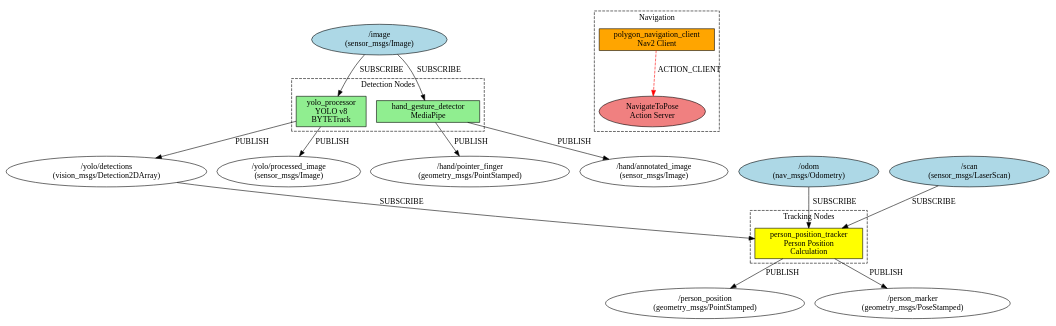
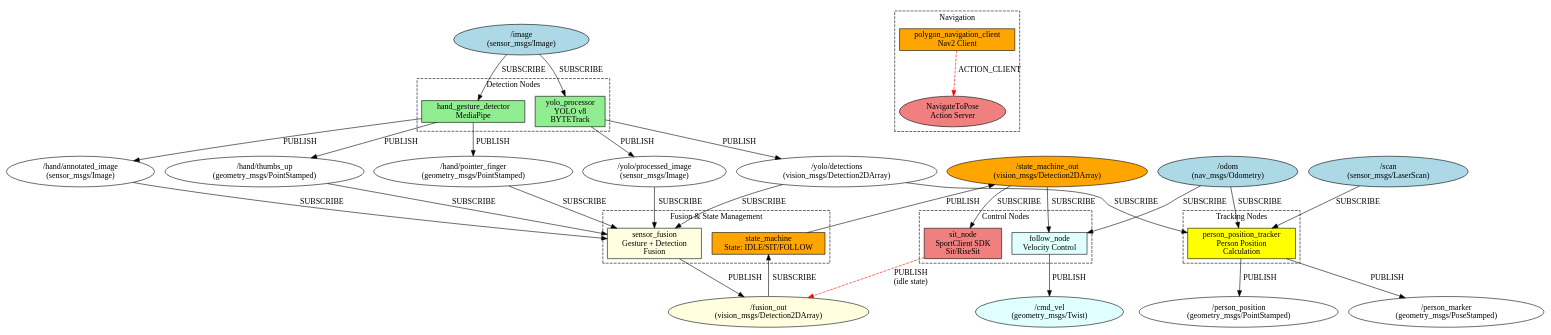
The diagram in polygon_nav/ros2_architecture.gv (Luk-stud/HRI), drawn with Graphviz before and after one commit. The commit also changed other lines of this file and 8 other files, not shown here.

```diff
--- a/polygon_nav/ros2_architecture.gv
+++ b/polygon_nav/ros2_architecture.gv
@@ -1,67 +1,109 @@
 digraph ROS2_Architecture {
     rankdir=TB;
     node [shape=box, style=rounded];
     
     // External Topics (Source)
     image_input [label="/image\n(sensor_msgs/Image)", shape=ellipse, style=filled, fillcolor=lightblue];
     odom_input [label="/odom\n(nav_msgs/Odometry)", shape=ellipse, style=filled, fillcolor=lightblue];
     scan_input [label="/scan\n(sensor_msgs/LaserScan)", shape=ellipse, style=filled, fillcolor=lightblue];
     
     // Nodes
     subgraph cluster_detection {
         label="Detection Nodes";
         style=dashed;
         
         yolo_node [label="yolo_processor\nYOLO v8\nBYTETrack", style=filled, fillcolor=lightgreen];
         hand_node [label="hand_gesture_detector\nMediaPipe", style=filled, fillcolor=lightgreen];
     }
     
+    subgraph cluster_fusion {
+        label="Fusion & State Management";
+        style=dashed;
+        
+        sensor_fusion [label="sensor_fusion\nGesture + Detection\nFusion", style=filled, fillcolor=lightyellow];
+        state_machine [label="state_machine\nState: IDLE/SIT/FOLLOW", style=filled, fillcolor=orange];
+    }
+    
     subgraph cluster_tracking {
         label="Tracking Nodes";
         style=dashed;
         
         person_tracker [label="person_position_tracker\nPerson Position\nCalculation", style=filled, fillcolor=yellow];
+    }
+    
+    subgraph cluster_control {
+        label="Control Nodes";
+        style=dashed;
+        
+        sit_node [label="sit_node\nSportClient SDK\nSit/RiseSit", style=filled, fillcolor=lightcoral];
+        follow_node [label="follow_node\nVelocity Control", style=filled, fillcolor=lightcyan];
     }
     
     subgraph cluster_nav {
         label="Navigation";
         style=dashed;
         
         nav_client [label="polygon_navigation_client\nNav2 Client", style=filled, fillcolor=orange];
         nav_action [label="NavigateToPose\nAction Server", shape=ellipse, style=filled, fillcolor=lightcoral];
     }
     
-    // Topics
+    // Internal Topics
     yolo_detections [label="/yolo/detections\n(vision_msgs/Detection2DArray)", shape=ellipse];
     yolo_image [label="/yolo/processed_image\n(sensor_msgs/Image)", shape=ellipse];
     hand_finger [label="/hand/pointer_finger\n(geometry_msgs/PointStamped)", shape=ellipse];
+    hand_thumbs_up [label="/hand/thumbs_up\n(geometry_msgs/PointStamped)", shape=ellipse];
     hand_image [label="/hand/annotated_image\n(sensor_msgs/Image)", shape=ellipse];
+    fusion_out [label="/fusion_out\n(vision_msgs/Detection2DArray)", shape=ellipse, style=filled, fillcolor=lightyellow];
+    state_machine_out [label="/state_machine_out\n(vision_msgs/Detection2DArray)", shape=ellipse, style=filled, fillcolor=orange];
     person_pos [label="/person_position\n(geometry_msgs/PointStamped)", shape=ellipse];
     person_marker [label="/person_marker\n(geometry_msgs/PoseStamped)", shape=ellipse];
+    cmd_vel [label="/cmd_vel\n(geometry_msgs/Twist)", shape=ellipse, style=filled, fillcolor=lightcyan];
     
     // Input connections
     image_input -> yolo_node [label="SUBSCRIBE"];
     image_input -> hand_node [label="SUBSCRIBE"];
     
     odom_input -> person_tracker [label="SUBSCRIBE"];
+    odom_input -> follow_node [label="SUBSCRIBE"];
     scan_input -> person_tracker [label="SUBSCRIBE"];
     
     // YOLO Node connections
     yolo_node -> yolo_detections [label="PUBLISH"];
     yolo_node -> yolo_image [label="PUBLISH"];
     
     // Hand Node connections
     hand_node -> hand_finger [label="PUBLISH"];
+    hand_node -> hand_thumbs_up [label="PUBLISH"];
     hand_node -> hand_image [label="PUBLISH"];
+    
+    // Sensor Fusion connections
+    yolo_detections -> sensor_fusion [label="SUBSCRIBE"];
+    yolo_image -> sensor_fusion [label="SUBSCRIBE"];
+    hand_finger -> sensor_fusion [label="SUBSCRIBE"];
+    hand_thumbs_up -> sensor_fusion [label="SUBSCRIBE"];
+    hand_image -> sensor_fusion [label="SUBSCRIBE"];
+    sensor_fusion -> fusion_out [label="PUBLISH"];
+    
+    // State Machine connections
+    fusion_out -> state_machine [label="SUBSCRIBE"];
+    state_machine -> state_machine_out [label="PUBLISH"];
+    
+    // Sit Node connections (bidirectional with fusion_out)
+    state_machine_out -> sit_node [label="SUBSCRIBE"];
+    sit_node -> fusion_out [label="PUBLISH\n(idle state)", style=dashed, color=red];
+    
+    // Follow Node connections
+    state_machine_out -> follow_node [label="SUBSCRIBE"];
+    follow_node -> cmd_vel [label="PUBLISH"];
     
     // Person Tracker connections
     yolo_detections -> person_tracker [label="SUBSCRIBE"];
     person_tracker -> person_pos [label="PUBLISH"];
     person_tracker -> person_marker [label="PUBLISH"];
     
     // Navigation connections
     nav_client -> nav_action [label="ACTION_CLIENT", style=dashed, color=red];
     
     // Styling
     edge [color=blue];
 }
```
